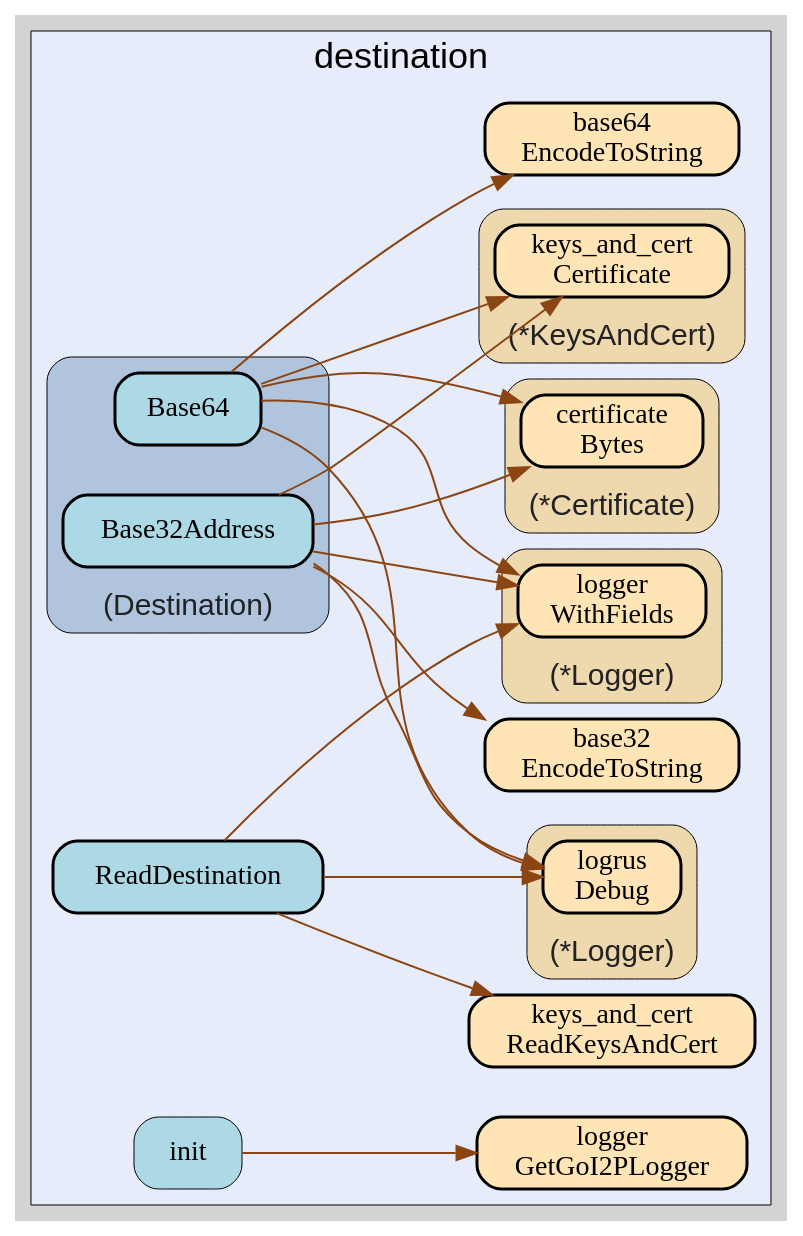
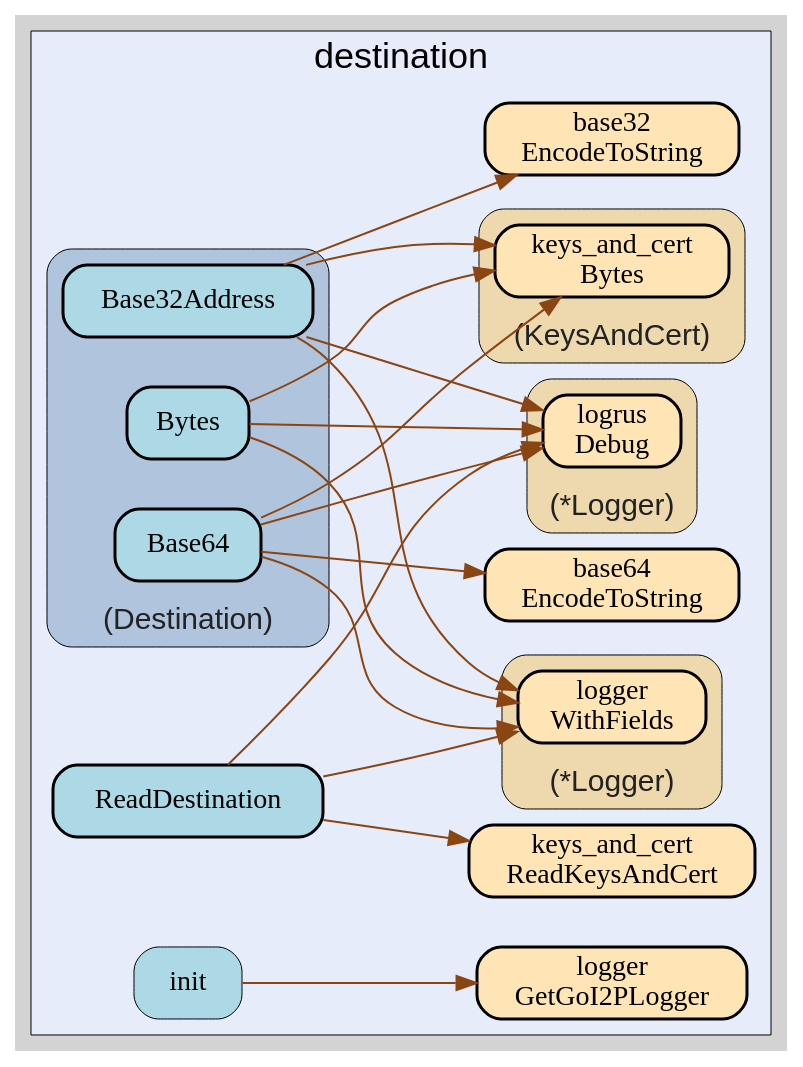
Before and after one commit to go-i2p/common: the diagram in destination/destination.gv, drawn with Graphviz. The commit also changed 62 other files, not shown here.

```diff
--- a/destination/destination.gv
+++ b/destination/destination.gv
@@ -14,36 +14,66 @@
     edge [minlen="2"]
 
     subgraph "cluster_focus" {
-        label="destination";
-labelloc="t";
+        labelloc="t";
 labeljust="c";
 fontsize="18";
 bgcolor="#e6ecfa";
+label="destination";
         
-        "github.com/go-i2p/common/base64.EncodeToString" [ fillcolor="moccasin" label="base64\nEncodeToString" penwidth="1.5" tooltip="github.com/go-i2p/common/base64.EncodeToString | defined in base64.go:16" ]
-        "github.com/go-i2p/common/destination.init" [ fillcolor="lightblue" label="init" penwidth="0.5" tooltip="github.com/go-i2p/common/destination.init | defined in .:0\nat destination.go:17: calling [github.com/go-i2p/logger.GetGoI2PLogger]" ]
+        "github.com/go-i2p/common/destination.init" [ penwidth="0.5" tooltip="github.com/go-i2p/common/destination.init | defined in .:0\nat utils.go:9: calling [github.com/go-i2p/logger.GetGoI2PLogger]" fillcolor="lightblue" label="init" ]
         "github.com/go-i2p/logger.GetGoI2PLogger" [ penwidth="1.5" tooltip="github.com/go-i2p/logger.GetGoI2PLogger | defined in log.go:120" fillcolor="moccasin" label="logger\nGetGoI2PLogger" ]
-        "github.com/go-i2p/common/destination.ReadDestination" [ penwidth="1.5" tooltip="github.com/go-i2p/common/destination.ReadDestination | defined in destination.go:72\nat destination.go:77: calling [github.com/go-i2p/common/keys_and_cert.ReadKeysAndCert]\nat destination.go:73: calling [(*github.com/go-i2p/logger.Logger).WithFields]\nat destination.go:82: calling [(*github.com/go-i2p/logger.Logger).WithFields]\nat destination.go:75: calling [(*github.com/sirupsen/logrus.Logger).Debug]\nat destination.go:84: calling [(*github.com/sirupsen/logrus.Logger).Debug]" fillcolor="lightblue" label="ReadDestination" ]
-        "github.com/go-i2p/common/keys_and_cert.ReadKeysAndCert" [ fillcolor="moccasin" label="keys_and_cert\nReadKeysAndCert" penwidth="1.5" tooltip="github.com/go-i2p/common/keys_and_cert.ReadKeysAndCert | defined in keys_and_cert.go:145" ]
-        "github.com/go-i2p/common/base32.EncodeToString" [ label="base32\nEncodeToString" penwidth="1.5" tooltip="github.com/go-i2p/common/base32.EncodeToString | defined in base32.go:16" fillcolor="moccasin" ]
+        "github.com/go-i2p/common/base32.EncodeToString" [ fillcolor="moccasin" label="base32\nEncodeToString" penwidth="1.5" tooltip="github.com/go-i2p/common/base32.EncodeToString | defined in utils.go:5" ]
+        "github.com/go-i2p/common/destination.ReadDestination" [ fillcolor="lightblue" label="ReadDestination" penwidth="1.5" tooltip="github.com/go-i2p/common/destination.ReadDestination | defined in destination_struct.go:37\nat destination_struct.go:42: calling [github.com/go-i2p/common/keys_and_cert.ReadKeysAndCert]\nat destination_struct.go:38: calling [(*github.com/go-i2p/logger.Logger).WithFields]\nat destination_struct.go:47: calling [(*github.com/go-i2p/logger.Logger).WithFields]\nat destination_struct.go:40: calling [(*github.com/sirupsen/logrus.Logger).Debug]\nat destination_struct.go:49: calling [(*github.com/sirupsen/logrus.Logger).Debug]" ]
+        "github.com/go-i2p/common/keys_and_cert.ReadKeysAndCert" [ tooltip="github.com/go-i2p/common/keys_and_cert.ReadKeysAndCert | defined in keys_and_cert_struct.go:201" fillcolor="moccasin" label="keys_and_cert\nReadKeysAndCert" penwidth="1.5" ]
+        "github.com/go-i2p/common/base64.EncodeToString" [ label="base64\nEncodeToString" penwidth="1.5" tooltip="github.com/go-i2p/common/base64.EncodeToString | defined in utils.go:12" fillcolor="moccasin" ]
         
-        subgraph "cluster_*github.com/go-i2p/common/certificate.Certificate" {
+        subgraph "cluster_*github.com/go-i2p/logger.Logger" {
+        fontsize="15";
+fontcolor="#222222";
+labelloc="b";
+style="rounded,filled";
+fillcolor="wheat2";
+label="(*Logger)";
+tooltip="type: *github.com/go-i2p/logger.Logger";
+penwidth="0.5";
+        
+        "(*github.com/go-i2p/logger.Logger).WithFields" [ fillcolor="moccasin" label="logger\nWithFields" penwidth="1.5" tooltip="(*github.com/go-i2p/logger.Logger).WithFields | defined in log.go:60" ]
+        
+    }
+
+        subgraph "cluster_*github.com/sirupsen/logrus.Logger" {
         fillcolor="wheat2";
-label="(*Certificate)";
-tooltip="type: *github.com/go-i2p/common/certificate.Certificate";
+label="(*Logger)";
+tooltip="type: *github.com/sirupsen/logrus.Logger";
 penwidth="0.5";
 fontsize="15";
 fontcolor="#222222";
 labelloc="b";
 style="rounded,filled";
         
-        "(*github.com/go-i2p/common/certificate.Certificate).Bytes" [ fillcolor="moccasin" label="certificate\nBytes" penwidth="1.5" tooltip="(*github.com/go-i2p/common/certificate.Certificate).Bytes | defined in certificate.go:100" ]
+        "(*github.com/sirupsen/logrus.Logger).Debug" [ fillcolor="moccasin" label="logrus\nDebug" penwidth="1.5" tooltip="(*github.com/sirupsen/logrus.Logger).Debug | defined in logger.go:221" ]
         
     }
 
-        subgraph "cluster_*github.com/go-i2p/common/keys_and_cert.KeysAndCert" {
-        label="(*KeysAndCert)";
-tooltip="type: *github.com/go-i2p/common/keys_and_cert.KeysAndCert";
+        subgraph "cluster_github.com/go-i2p/common/destination.Destination" {
+        fontsize="15";
+labelloc="b";
+label="(Destination)";
+tooltip="type: github.com/go-i2p/common/destination.Destination";
+penwidth="0.5";
+fontcolor="#222222";
+style="rounded,filled";
+fillcolor="lightsteelblue";
+        
+        "(github.com/go-i2p/common/destination.Destination).Bytes" [ fillcolor="lightblue" label="Bytes" penwidth="1.5" tooltip="(github.com/go-i2p/common/destination.Destination).Bytes | defined in destination_struct.go:56\nat destination_struct.go:61: calling [(*github.com/go-i2p/logger.Logger).WithFields]\nat destination_struct.go:57: calling [(*github.com/sirupsen/logrus.Logger).Debug]\nat destination_struct.go:63: calling [(*github.com/sirupsen/logrus.Logger).Debug]\nat destination_struct.go:59: calling [(github.com/go-i2p/common/keys_and_cert.KeysAndCert).Bytes]" ]
+        "(github.com/go-i2p/common/destination.Destination).Base32Address" [ tooltip="(github.com/go-i2p/common/destination.Destination).Base32Address | defined in destination_struct.go:69\nat destination_struct.go:77: calling [(*github.com/go-i2p/logger.Logger).WithFields]\nat destination_struct.go:70: calling [(*github.com/sirupsen/logrus.Logger).Debug]\nat destination_struct.go:79: calling [(*github.com/sirupsen/logrus.Logger).Debug]\nat destination_struct.go:74: calling [github.com/go-i2p/common/base32.EncodeToString]\nat destination_struct.go:72: calling [(github.com/go-i2p/common/keys_and_cert.KeysAndCert).Bytes]" fillcolor="lightblue" label="Base32Address" penwidth="1.5" ]
+        "(github.com/go-i2p/common/destination.Destination).Base64" [ tooltip="(github.com/go-i2p/common/destination.Destination).Base64 | defined in destination_struct.go:85\nat destination_struct.go:88: calling [(github.com/go-i2p/common/keys_and_cert.KeysAndCert).Bytes]\nat destination_struct.go:86: calling [(*github.com/sirupsen/logrus.Logger).Debug]\nat destination_struct.go:93: calling [(*github.com/sirupsen/logrus.Logger).Debug]\nat destination_struct.go:89: calling [github.com/go-i2p/common/base64.EncodeToString]\nat destination_struct.go:91: calling [(*github.com/go-i2p/logger.Logger).WithFields]" fillcolor="lightblue" label="Base64" penwidth="1.5" ]
+        
+    }
+
+        subgraph "cluster_github.com/go-i2p/common/keys_and_cert.KeysAndCert" {
+        label="(KeysAndCert)";
+tooltip="type: github.com/go-i2p/common/keys_and_cert.KeysAndCert";
 penwidth="0.5";
 fontsize="15";
 fontcolor="#222222";
@@ -51,67 +81,25 @@
 style="rounded,filled";
 fillcolor="wheat2";
         
-        "(*github.com/go-i2p/common/keys_and_cert.KeysAndCert).Certificate" [ fillcolor="moccasin" label="keys_and_cert\nCertificate" penwidth="1.5" tooltip="(*github.com/go-i2p/common/keys_and_cert.KeysAndCert).Certificate | defined in keys_and_cert.go:139" ]
-        
-    }
-
-        subgraph "cluster_*github.com/go-i2p/logger.Logger" {
-        tooltip="type: *github.com/go-i2p/logger.Logger";
-penwidth="0.5";
-fontsize="15";
-fontcolor="#222222";
-labelloc="b";
-style="rounded,filled";
-fillcolor="wheat2";
-label="(*Logger)";
-        
-        "(*github.com/go-i2p/logger.Logger).WithFields" [ fillcolor="moccasin" label="logger\nWithFields" penwidth="1.5" tooltip="(*github.com/go-i2p/logger.Logger).WithFields | defined in log.go:60" ]
-        
-    }
-
-        subgraph "cluster_*github.com/sirupsen/logrus.Logger" {
-        penwidth="0.5";
-fontsize="15";
-fontcolor="#222222";
-labelloc="b";
-style="rounded,filled";
-fillcolor="wheat2";
-label="(*Logger)";
-tooltip="type: *github.com/sirupsen/logrus.Logger";
-        
-        "(*github.com/sirupsen/logrus.Logger).Debug" [ penwidth="1.5" tooltip="(*github.com/sirupsen/logrus.Logger).Debug | defined in logger.go:221" fillcolor="moccasin" label="logrus\nDebug" ]
-        
-    }
-
-        subgraph "cluster_github.com/go-i2p/common/destination.Destination" {
-        fontsize="15";
-fontcolor="#222222";
-labelloc="b";
-penwidth="0.5";
-style="rounded,filled";
-fillcolor="lightsteelblue";
-label="(Destination)";
-tooltip="type: github.com/go-i2p/common/destination.Destination";
-        
-        "(github.com/go-i2p/common/destination.Destination).Base64" [ fillcolor="lightblue" label="Base64" penwidth="1.5" tooltip="(github.com/go-i2p/common/destination.Destination).Base64 | defined in destination.go:55\nat destination.go:62: calling [(*github.com/go-i2p/logger.Logger).WithFields]\nat destination.go:56: calling [(*github.com/sirupsen/logrus.Logger).Debug]\nat destination.go:64: calling [(*github.com/sirupsen/logrus.Logger).Debug]\nat destination.go:58: calling [(*github.com/go-i2p/common/keys_and_cert.KeysAndCert).Certificate]\nat destination.go:59: calling [(*github.com/go-i2p/common/certificate.Certificate).Bytes]\nat destination.go:60: calling [github.com/go-i2p/common/base64.EncodeToString]" ]
-        "(github.com/go-i2p/common/destination.Destination).Base32Address" [ fillcolor="lightblue" label="Base32Address" penwidth="1.5" tooltip="(github.com/go-i2p/common/destination.Destination).Base32Address | defined in destination.go:38\nat destination.go:39: calling [(*github.com/sirupsen/logrus.Logger).Debug]\nat destination.go:49: calling [(*github.com/sirupsen/logrus.Logger).Debug]\nat destination.go:41: calling [(*github.com/go-i2p/common/keys_and_cert.KeysAndCert).Certificate]\nat destination.go:42: calling [(*github.com/go-i2p/common/certificate.Certificate).Bytes]\nat destination.go:44: calling [github.com/go-i2p/common/base32.EncodeToString]\nat destination.go:47: calling [(*github.com/go-i2p/logger.Logger).WithFields]" ]
+        "(github.com/go-i2p/common/keys_and_cert.KeysAndCert).Bytes" [ fillcolor="moccasin" label="keys_and_cert\nBytes" penwidth="1.5" tooltip="(github.com/go-i2p/common/keys_and_cert.KeysAndCert).Bytes | defined in keys_and_cert_struct.go:146" ]
         
     }
 
     }
 
-    "github.com/go-i2p/common/destination.init" -> "github.com/go-i2p/logger.GetGoI2PLogger" [ color="saddlebrown" tooltip="at destination.go:17: calling [github.com/go-i2p/logger.GetGoI2PLogger]" ]
-    "github.com/go-i2p/common/destination.ReadDestination" -> "github.com/go-i2p/common/keys_and_cert.ReadKeysAndCert" [ color="saddlebrown" tooltip="at destination.go:77: calling [github.com/go-i2p/common/keys_and_cert.ReadKeysAndCert]" ]
-    "(github.com/go-i2p/common/destination.Destination).Base32Address" -> "(*github.com/sirupsen/logrus.Logger).Debug" [ color="saddlebrown" tooltip="at destination.go:39: calling [(*github.com/sirupsen/logrus.Logger).Debug]\nat destination.go:49: calling [(*github.com/sirupsen/logrus.Logger).Debug]" ]
-    "(github.com/go-i2p/common/destination.Destination).Base32Address" -> "(*github.com/go-i2p/common/keys_and_cert.KeysAndCert).Certificate" [ color="saddlebrown" tooltip="at destination.go:41: calling [(*github.com/go-i2p/common/keys_and_cert.KeysAndCert).Certificate]" ]
-    "(github.com/go-i2p/common/destination.Destination).Base64" -> "(*github.com/go-i2p/logger.Logger).WithFields" [ color="saddlebrown" tooltip="at destination.go:62: calling [(*github.com/go-i2p/logger.Logger).WithFields]" ]
-    "github.com/go-i2p/common/destination.ReadDestination" -> "(*github.com/go-i2p/logger.Logger).WithFields" [ color="saddlebrown" tooltip="at destination.go:73: calling [(*github.com/go-i2p/logger.Logger).WithFields]\nat destination.go:82: calling [(*github.com/go-i2p/logger.Logger).WithFields]" ]
-    "github.com/go-i2p/common/destination.ReadDestination" -> "(*github.com/sirupsen/logrus.Logger).Debug" [ color="saddlebrown" tooltip="at destination.go:75: calling [(*github.com/sirupsen/logrus.Logger).Debug]\nat destination.go:84: calling [(*github.com/sirupsen/logrus.Logger).Debug]" ]
-    "(github.com/go-i2p/common/destination.Destination).Base32Address" -> "(*github.com/go-i2p/common/certificate.Certificate).Bytes" [ tooltip="at destination.go:42: calling [(*github.com/go-i2p/common/certificate.Certificate).Bytes]" color="saddlebrown" ]
-    "(github.com/go-i2p/common/destination.Destination).Base32Address" -> "github.com/go-i2p/common/base32.EncodeToString" [ color="saddlebrown" tooltip="at destination.go:44: calling [github.com/go-i2p/common/base32.EncodeToString]" ]
-    "(github.com/go-i2p/common/destination.Destination).Base32Address" -> "(*github.com/go-i2p/logger.Logger).WithFields" [ color="saddlebrown" tooltip="at destination.go:47: calling [(*github.com/go-i2p/logger.Logger).WithFields]" ]
-    "(github.com/go-i2p/common/destination.Destination).Base64" -> "(*github.com/sirupsen/logrus.Logger).Debug" [ color="saddlebrown" tooltip="at destination.go:56: calling [(*github.com/sirupsen/logrus.Logger).Debug]\nat destination.go:64: calling [(*github.com/sirupsen/logrus.Logger).Debug]" ]
-    "(github.com/go-i2p/common/destination.Destination).Base64" -> "(*github.com/go-i2p/common/keys_and_cert.KeysAndCert).Certificate" [ color="saddlebrown" tooltip="at destination.go:58: calling [(*github.com/go-i2p/common/keys_and_cert.KeysAndCert).Certificate]" ]
-    "(github.com/go-i2p/common/destination.Destination).Base64" -> "(*github.com/go-i2p/common/certificate.Certificate).Bytes" [ tooltip="at destination.go:59: calling [(*github.com/go-i2p/common/certificate.Certificate).Bytes]" color="saddlebrown" ]
-    "(github.com/go-i2p/common/destination.Destination).Base64" -> "github.com/go-i2p/common/base64.EncodeToString" [ color="saddlebrown" tooltip="at destination.go:60: calling [github.com/go-i2p/common/base64.EncodeToString]" ]
+    "github.com/go-i2p/common/destination.ReadDestination" -> "github.com/go-i2p/common/keys_and_cert.ReadKeysAndCert" [ color="saddlebrown" tooltip="at destination_struct.go:42: calling [github.com/go-i2p/common/keys_and_cert.ReadKeysAndCert]" ]
+    "(github.com/go-i2p/common/destination.Destination).Base64" -> "(github.com/go-i2p/common/keys_and_cert.KeysAndCert).Bytes" [ color="saddlebrown" tooltip="at destination_struct.go:88: calling [(github.com/go-i2p/common/keys_and_cert.KeysAndCert).Bytes]" ]
+    "(github.com/go-i2p/common/destination.Destination).Bytes" -> "(*github.com/go-i2p/logger.Logger).WithFields" [ color="saddlebrown" tooltip="at destination_struct.go:61: calling [(*github.com/go-i2p/logger.Logger).WithFields]" ]
+    "(github.com/go-i2p/common/destination.Destination).Base32Address" -> "(*github.com/go-i2p/logger.Logger).WithFields" [ color="saddlebrown" tooltip="at destination_struct.go:77: calling [(*github.com/go-i2p/logger.Logger).WithFields]" ]
+    "(github.com/go-i2p/common/destination.Destination).Base64" -> "(*github.com/sirupsen/logrus.Logger).Debug" [ tooltip="at destination_struct.go:86: calling [(*github.com/sirupsen/logrus.Logger).Debug]\nat destination_struct.go:93: calling [(*github.com/sirupsen/logrus.Logger).Debug]" color="saddlebrown" ]
+    "(github.com/go-i2p/common/destination.Destination).Bytes" -> "(*github.com/sirupsen/logrus.Logger).Debug" [ color="saddlebrown" tooltip="at destination_struct.go:57: calling [(*github.com/sirupsen/logrus.Logger).Debug]\nat destination_struct.go:63: calling [(*github.com/sirupsen/logrus.Logger).Debug]" ]
+    "github.com/go-i2p/common/destination.ReadDestination" -> "(*github.com/go-i2p/logger.Logger).WithFields" [ color="saddlebrown" tooltip="at destination_struct.go:38: calling [(*github.com/go-i2p/logger.Logger).WithFields]\nat destination_struct.go:47: calling [(*github.com/go-i2p/logger.Logger).WithFields]" ]
+    "(github.com/go-i2p/common/destination.Destination).Base64" -> "github.com/go-i2p/common/base64.EncodeToString" [ color="saddlebrown" tooltip="at destination_struct.go:89: calling [github.com/go-i2p/common/base64.EncodeToString]" ]
+    "(github.com/go-i2p/common/destination.Destination).Base32Address" -> "(*github.com/sirupsen/logrus.Logger).Debug" [ color="saddlebrown" tooltip="at destination_struct.go:70: calling [(*github.com/sirupsen/logrus.Logger).Debug]\nat destination_struct.go:79: calling [(*github.com/sirupsen/logrus.Logger).Debug]" ]
+    "(github.com/go-i2p/common/destination.Destination).Base32Address" -> "github.com/go-i2p/common/base32.EncodeToString" [ color="saddlebrown" tooltip="at destination_struct.go:74: calling [github.com/go-i2p/common/base32.EncodeToString]" ]
+    "(github.com/go-i2p/common/destination.Destination).Base64" -> "(*github.com/go-i2p/logger.Logger).WithFields" [ color="saddlebrown" tooltip="at destination_struct.go:91: calling [(*github.com/go-i2p/logger.Logger).WithFields]" ]
+    "github.com/go-i2p/common/destination.init" -> "github.com/go-i2p/logger.GetGoI2PLogger" [ color="saddlebrown" tooltip="at utils.go:9: calling [github.com/go-i2p/logger.GetGoI2PLogger]" ]
+    "(github.com/go-i2p/common/destination.Destination).Bytes" -> "(github.com/go-i2p/common/keys_and_cert.KeysAndCert).Bytes" [ color="saddlebrown" tooltip="at destination_struct.go:59: calling [(github.com/go-i2p/common/keys_and_cert.KeysAndCert).Bytes]" ]
+    "(github.com/go-i2p/common/destination.Destination).Base32Address" -> "(github.com/go-i2p/common/keys_and_cert.KeysAndCert).Bytes" [ color="saddlebrown" tooltip="at destination_struct.go:72: calling [(github.com/go-i2p/common/keys_and_cert.KeysAndCert).Bytes]" ]
+    "github.com/go-i2p/common/destination.ReadDestination" -> "(*github.com/sirupsen/logrus.Logger).Debug" [ color="saddlebrown" tooltip="at destination_struct.go:40: calling [(*github.com/sirupsen/logrus.Logger).Debug]\nat destination_struct.go:49: calling [(*github.com/sirupsen/logrus.Logger).Debug]" ]
 }
```
